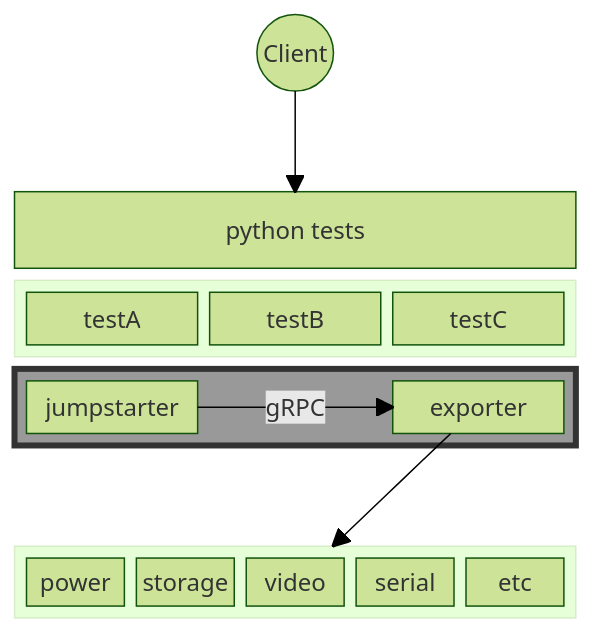
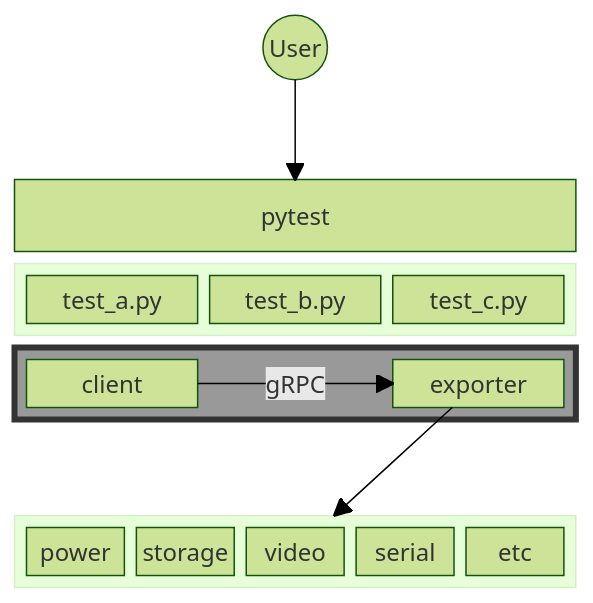
One commit to jumpstarter-dev/jumpstarter changed the second of 3 diagrams in python/docs/architecture.md. Above: the diagram before and after it, drawn with Mermaid (forest theme). The commit also changed other lines of this file and 2 other files, not shown here.

````diff
--- a/python/docs/architecture.md
+++ b/python/docs/architecture.md
@@ -78,33 +142,32 @@
 ```mermaid
 block-beta
 columns 1
-  client(("Client"))
+  user(("User"))
   space
-
-  python["python tests"]
+  pytest
   block:tests
-    testA
-    testB
-    testC
+    testA["test_a.py"]
+    testB["test_b.py"]
+    testC["test_c.py"]
   end
-  block:test
-    jumpstarter
+  block:jumpstarter
+    client
     space
     exporter
   end
   space
 
   block:hardware
     power
     storage
     video
     serial
     etc
   end
 
-  client --> python
-  jumpstarter -- "gRPC" --> exporter
+  user --> pytest
+  client -- "gRPC" --> exporter
   exporter --> hardware
 
-style test fill:#999,stroke:#333,stroke-width:4px
+style jumpstarter fill:#999,stroke:#333,stroke-width:4px
 ```
````
